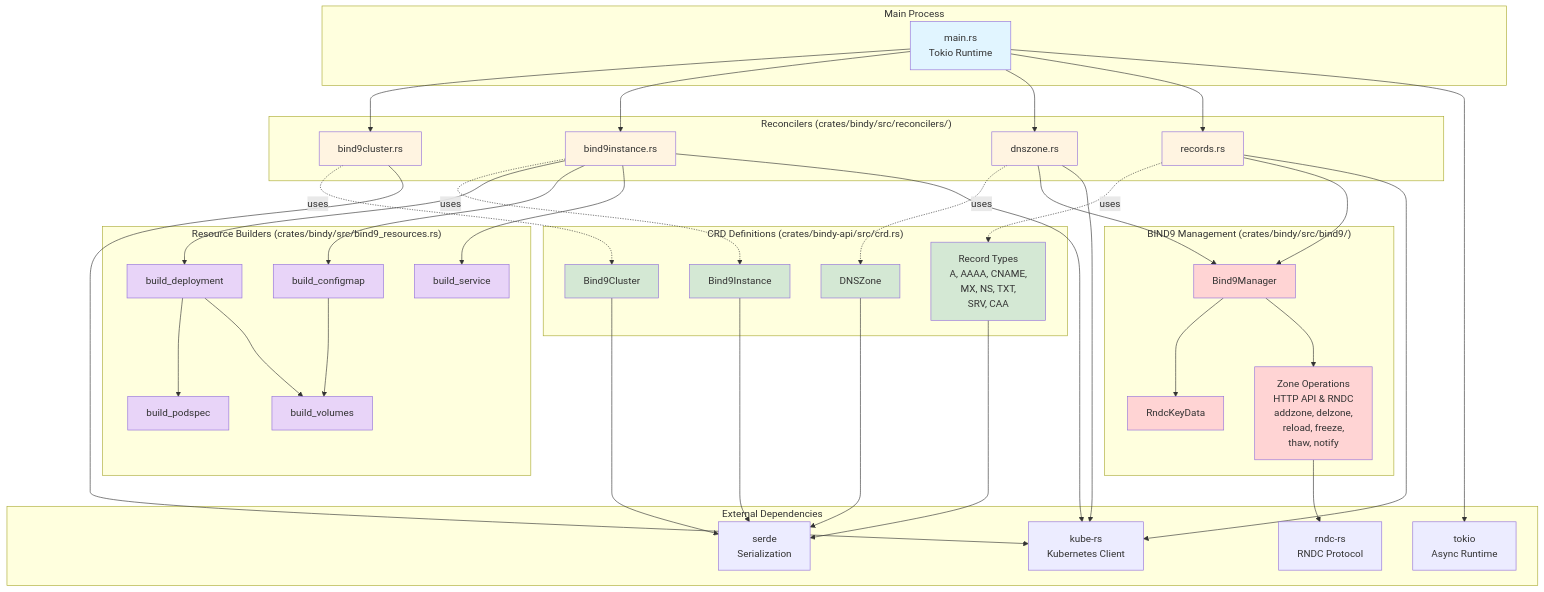
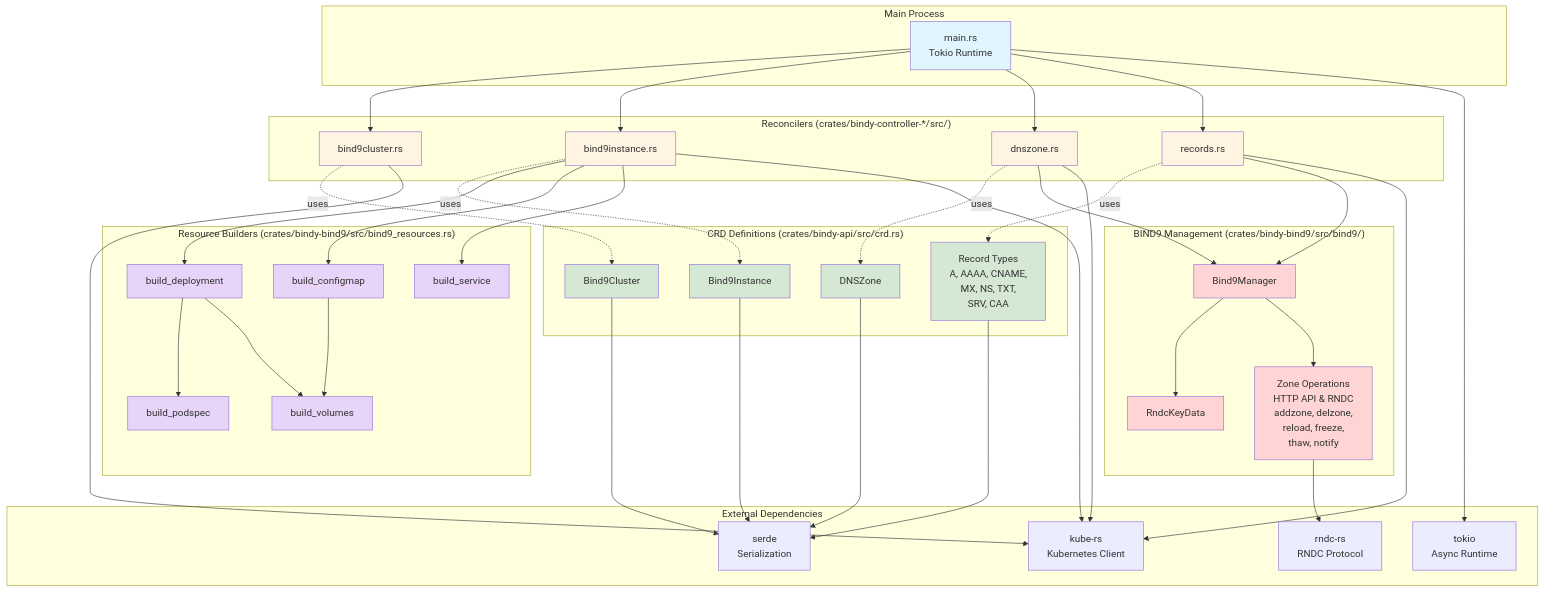
The second of 8 diagrams in docs/src/concepts/architecture-diagrams.md (firestoned/bindy), drawn with Mermaid before and after one commit. The commit also changed 238 other files, not shown here.

First line of the commit message:
refactor: finish the workspace crate split (ADR-0009, roadmap 01 Phases C to G) (#530)

```diff
--- a/docs/src/concepts/architecture-diagrams.md
+++ b/docs/src/concepts/architecture-diagrams.md
@@ -140,20 +140,20 @@
         CRD_REC[Record Types<br/>A, AAAA, CNAME,<br/>MX, NS, TXT,<br/>SRV, CAA]
     end
 
-    subgraph "Reconcilers (crates/bindy/src/reconcilers/)"
+    subgraph "Reconcilers (crates/bindy-controller-*/src/)"
         RECON_BC[bind9cluster.rs]
         RECON_BI[bind9instance.rs]
         RECON_DZ[dnszone.rs]
         RECON_REC[records.rs]
     end
 
-    subgraph "BIND9 Management (crates/bindy/src/bind9/)"
+    subgraph "BIND9 Management (crates/bindy-bind9/src/bind9/)"
         BM_MGR[Bind9Manager]
         BM_KEY[RndcKeyData]
         BM_CMD[Zone Operations<br/>HTTP API & RNDC<br/>addzone, delzone,<br/>reload, freeze,<br/>thaw, notify]
     end
 
-    subgraph "Resource Builders (crates/bindy/src/bind9_resources.rs)"
+    subgraph "Resource Builders (crates/bindy-bind9/src/bind9_resources.rs)"
         RB_DEP[build_deployment]
         RB_CM[build_configmap]
         RB_SVC[build_service]
```
